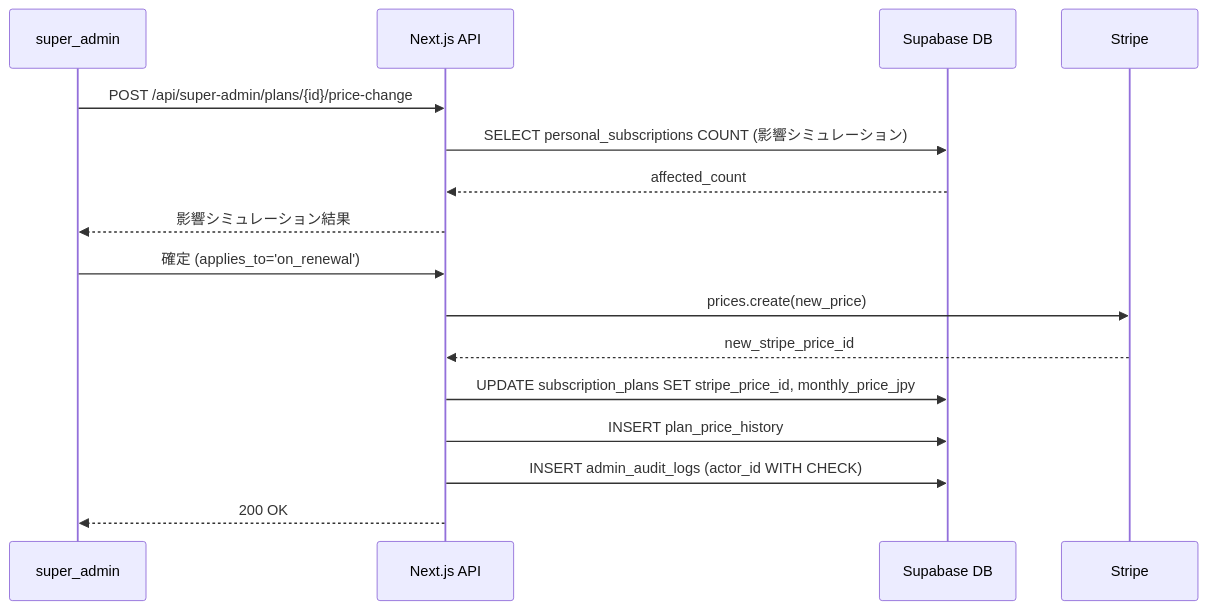
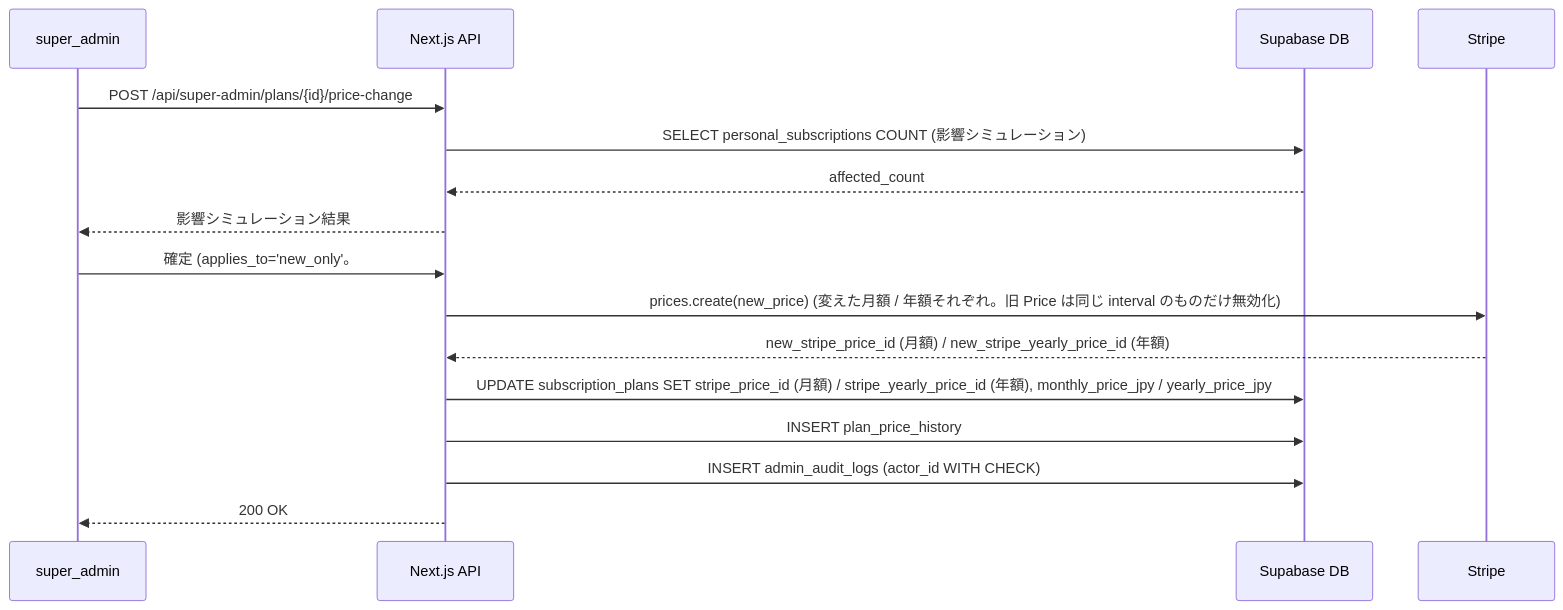
The second of 2 diagrams in docs/design/operator/01-data-model.md (DaisukeHori/homegohan-app), drawn with Mermaid before and after one commit. The commit also changed other lines of this file and 22 other files, not shown here.

First line of the commit message:
fix(plans): 価格変更は新規契約だけに適用し、年額用の Stripe 価格 ID の欄を追加する (#1102) (#1401)

````diff
--- a/docs/design/operator/01-data-model.md
+++ b/docs/design/operator/01-data-model.md
@@ -1432,19 +1435,19 @@
 ```mermaid
 sequenceDiagram
   participant SA as super_admin
   participant API as Next.js API
   participant DB as Supabase DB
   participant Stripe
 
   SA->>API: POST /api/super-admin/plans/{id}/price-change
   API->>DB: SELECT personal_subscriptions COUNT (影響シミュレーション)
   DB-->>API: affected_count
   API-->>SA: 影響シミュレーション結果
-  SA->>API: 確定 (applies_to='on_renewal')
-  API->>Stripe: prices.create(new_price)
-  Stripe-->>API: new_stripe_price_id
-  API->>DB: UPDATE subscription_plans SET stripe_price_id, monthly_price_jpy
+  SA->>API: 確定 (applies_to='new_only'。#1102: 価格変更は新規契約のみ)
+  API->>Stripe: prices.create(new_price) (変えた月額 / 年額それぞれ。旧 Price は同じ interval のものだけ無効化)
+  Stripe-->>API: new_stripe_price_id (月額) / new_stripe_yearly_price_id (年額)
+  API->>DB: UPDATE subscription_plans SET stripe_price_id (月額) / stripe_yearly_price_id (年額), monthly_price_jpy / yearly_price_jpy
   API->>DB: INSERT plan_price_history
   API->>DB: INSERT admin_audit_logs (actor_id WITH CHECK)
   API-->>SA: 200 OK
 ```
````
